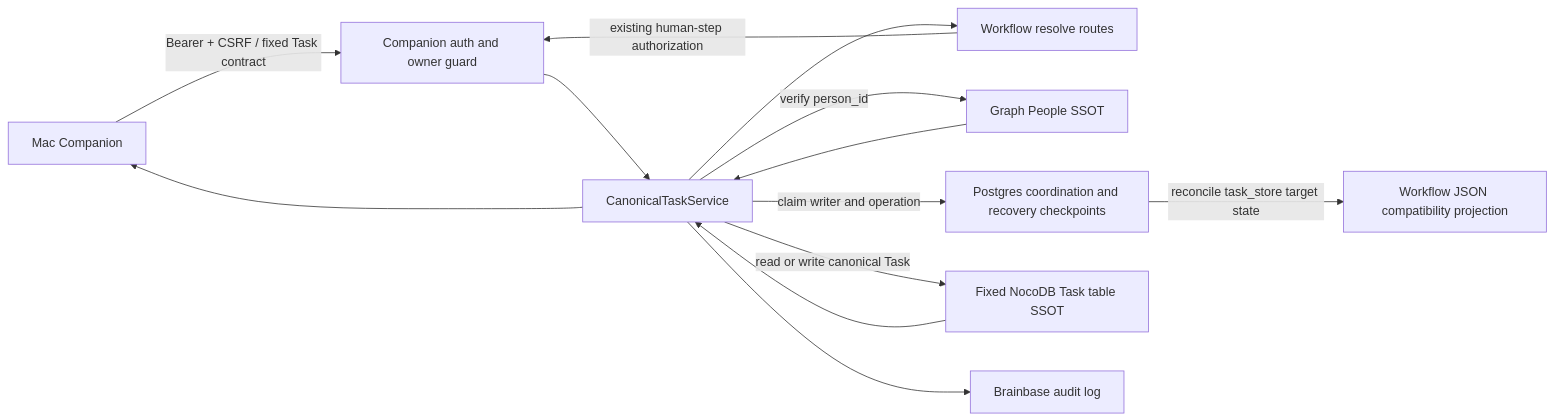
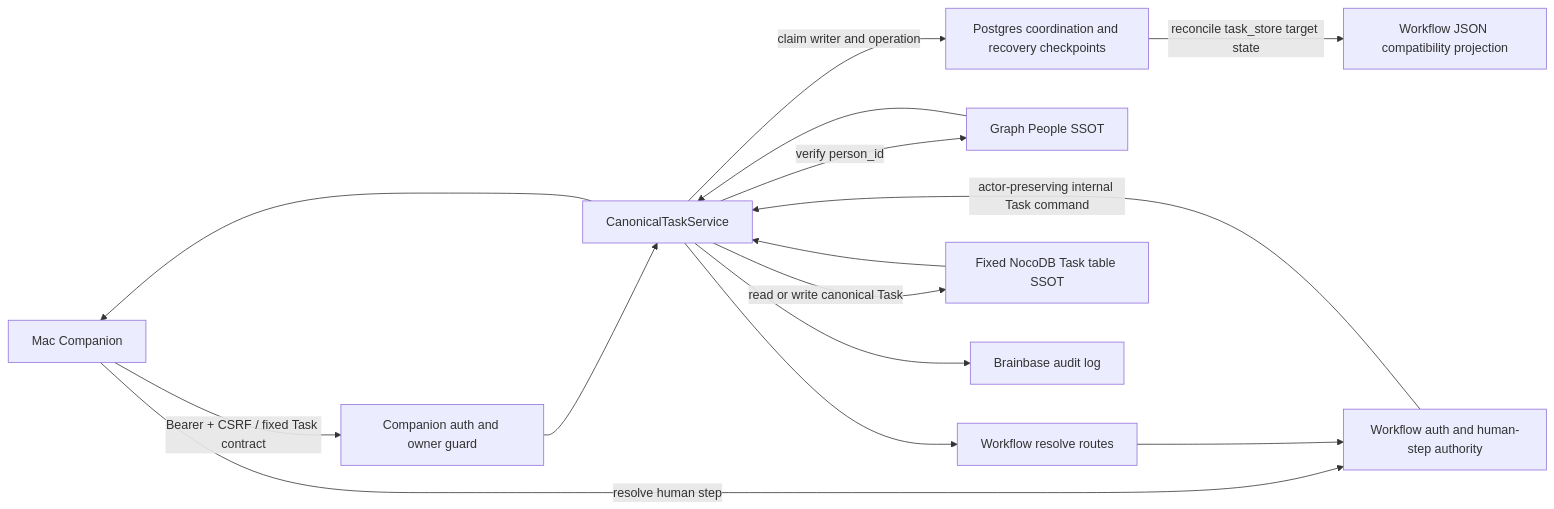
One commit to Unson-LLC/brainbase changed the diagram in docs/architecture/story-companion-canonical-task-provider.md. Above: the diagram before and after it, drawn with Mermaid. The commit also changed other lines of this file and 3 other files, not shown here.

Commit message:
docs(task): resolve provider review contracts

````diff
--- a/docs/architecture/story-companion-canonical-task-provider.md
+++ b/docs/architecture/story-companion-canonical-task-provider.md
@@ -58,15 +58,17 @@
 ```mermaid
 flowchart LR
   Mac["Mac Companion"] -->|"Bearer + CSRF / fixed Task contract"| Guard["Companion auth and owner guard"]
-  Workflow["Workflow resolve routes"] -->|"existing human-step authorization"| Guard
+  Mac -->|"resolve human step"| WorkflowAuth["Workflow auth and human-step authority"]
+  Workflow["Workflow resolve routes"] --> WorkflowAuth
   Guard --> Service["CanonicalTaskService"]
+  WorkflowAuth -->|"actor-preserving internal Task command"| Service
   Service -->|"verify person_id"| Graph["Graph People SSOT"]
   Service -->|"claim writer and operation"| PG["Postgres coordination and recovery checkpoints"]
   Service -->|"read or write canonical Task"| Noco["Fixed NocoDB Task table SSOT"]
   Service --> Audit["Brainbase audit log"]
   PG -->|"reconcile task_store target state"| JSON["Workflow JSON compatibility projection"]
   Noco --> Service
   Graph --> Service
   Service --> Mac
   Service --> Workflow
 ```
````
